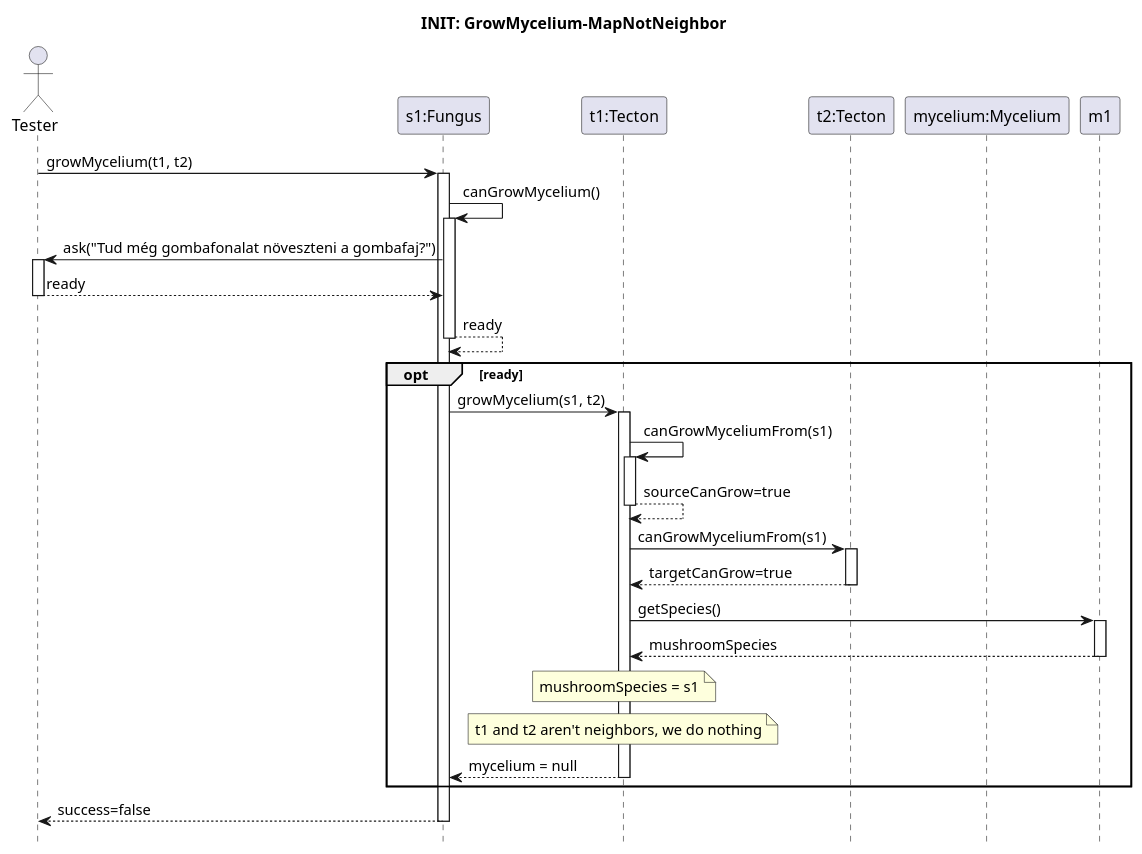
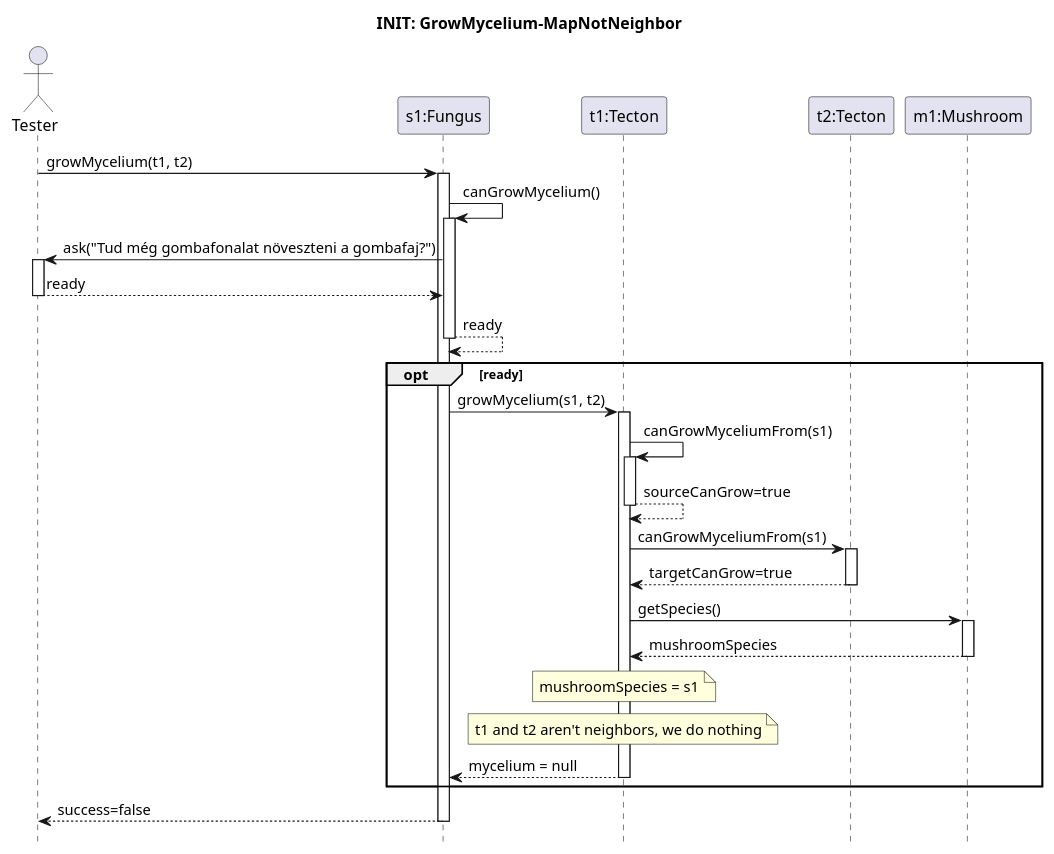
One commit to ZD4ve/projlab-error521 changed the diagram in Skeleton/Grow-mycelium/not-neighbor.puml. Above: the diagram before and after it, drawn with PlantUML.

Commit message:
fix Grow mushroom not neighbor seq

```diff
--- a/Skeleton/Grow-mycelium/not-neighbor.puml
+++ b/Skeleton/Grow-mycelium/not-neighbor.puml
@@ -1,47 +1,47 @@
 @startuml grow-mycelium-success
 hide footbox
 
 title INIT: GrowMycelium-MapNotNeighbor
 
 actor Tester
 participant "s1:Fungus" as species
 participant "t1:Tecton" as source
 participant "t2:Tecton" as target
-participant "mycelium:Mycelium" as mycelium
+participant "m1:Mushroom" as m1
 
 
 Tester -> species : growMycelium(t1, t2)
 activate species
 
 species -> species : canGrowMycelium()
 activate species
 
 Tester <- species : ask("Tud még gombafonalat növeszteni a gombafaj?")
 activate Tester
 return ready
 
 return ready
 
 opt ready
 
     species -> source : growMycelium(s1, t2)
     activate source
         source -> source : canGrowMyceliumFrom(s1)
         activate source
         return sourceCanGrow=true
 
         source -> target : canGrowMyceliumFrom(s1)
         activate target
         return targetCanGrow=true
 
         source -> m1 : getSpecies()
         activate m1
         return mushroomSpecies
         note over source: mushroomSpecies = s1
         
         note over source: t1 and t2 aren't neighbors, we do nothing
 
     return mycelium = null
 end
 return success=false
 @enduml
```
